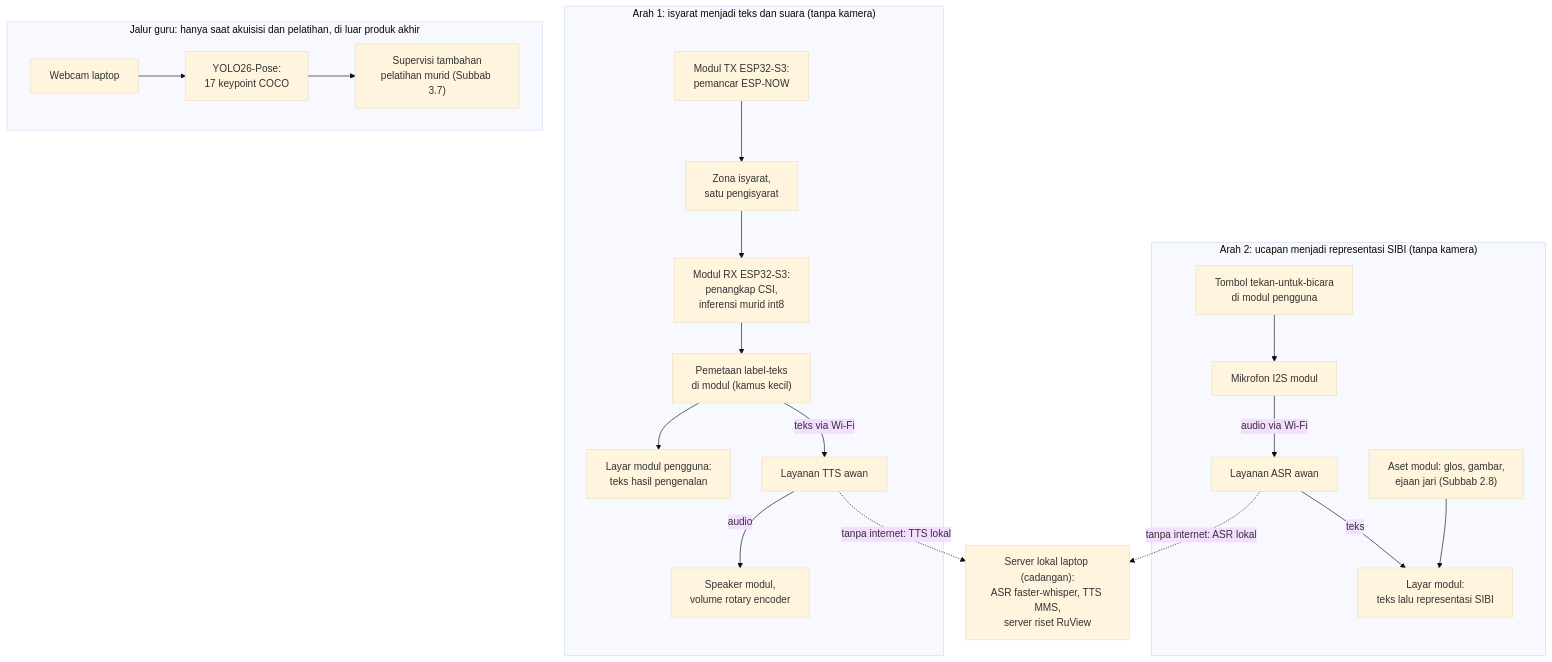
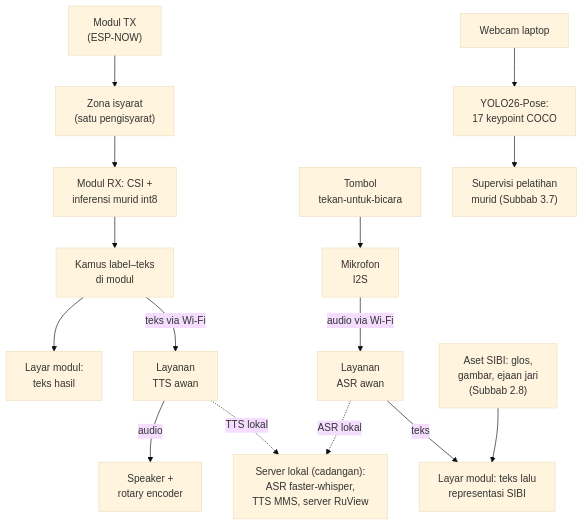
The fifth of 8 diagrams in download/translator-sibi-draft/bab3-metodologi.md (ILoveTahuTek/skripsi), drawn with Mermaid (base theme) before and after one commit. The commit also changed other lines of this file and 50 other files, not shown here.

Commit message:
Redesain seluruh diagram BAB III (Task 24): 6 -> 8 figur, huruf cetak 3,2-6,4pt -> 9,2-11,8pt, integritas sumber terverifikasi; DOCX 68 hlm + laporan audit

````diff
--- a/download/translator-sibi-draft/bab3-metodologi.md
+++ b/download/translator-sibi-draft/bab3-metodologi.md
@@ -169,39 +223,36 @@
 ```mermaid
 flowchart TD
-    subgraph ARAH1["Arah 1: isyarat menjadi teks dan suara (tanpa kamera)"]
-        TX["Modul TX ESP32-S3:<br/>pemancar ESP-NOW"]
-        ZN["Zona isyarat,<br/>satu pengisyarat"]
-        RX["Modul RX ESP32-S3:<br/>penangkap CSI,<br/>inferensi murid int8"]
-        MAPL["Pemetaan label-teks<br/>di modul (kamus kecil)"]
-        DSP1["Layar modul pengguna:<br/>teks hasil pengenalan"]
-        TTS["Layanan TTS awan"]
-        SPK["Speaker modul,<br/>volume rotary encoder"]
-    end
-
-    subgraph ARAH2["Arah 2: ucapan menjadi representasi SIBI (tanpa kamera)"]
-        BTN["Tombol tekan-untuk-bicara<br/>di modul pengguna"]
-        MIC["Mikrofon I2S modul"]
-        STT["Layanan ASR awan"]
-        DSP2["Layar modul:<br/>teks lalu representasi SIBI"]
-        AST["Aset modul: glos, gambar,<br/>ejaan jari (Subbab 2.8)"]
-    end
-
-    subgraph GURU["Jalur guru: hanya saat akuisisi dan pelatihan, di luar produk akhir"]
-        CAM["Webcam laptop"]
-        Y26P["YOLO26-Pose:<br/>17 keypoint COCO"]
-        SUP["Supervisi tambahan<br/>pelatihan murid (Subbab 3.7)"]
-    end
-
-    LOK["Server lokal laptop (cadangan):<br/>ASR faster-whisper, TTS MMS,<br/>server riset RuView"]
-
-    TX --> ZN --> RX --> MAPL --> DSP1
+    TX["Modul TX<br/>(ESP-NOW)"]
+    ZN["Zona isyarat<br/>(satu pengisyarat)"]
+    RX["Modul RX: CSI +<br/>inferensi murid int8"]
+    MAPL["Kamus label–teks<br/>di modul"]
+    DSP1["Layar modul:<br/>teks hasil"]
+    TTS["Layanan<br/>TTS awan"]
+    SPK["Speaker +<br/>rotary encoder"]
+    TX --> ZN
+    ZN --> RX
+    RX --> MAPL
+    MAPL --> DSP1
     MAPL -- "teks via Wi-Fi" --> TTS
     TTS -- "audio" --> SPK
+
+    BTN["Tombol<br/>tekan-untuk-bicara"]
+    MIC["Mikrofon<br/>I2S"]
+    STT["Layanan<br/>ASR awan"]
+    DSP2["Layar modul: teks lalu<br/>representasi SIBI"]
+    AST["Aset SIBI: glos,<br/>gambar, ejaan jari<br/>(Subbab 2.8)"]
     BTN --> MIC
     MIC -- "audio via Wi-Fi" --> STT
     STT -- "teks" --> DSP2
     AST --> DSP2
-    CAM --> Y26P --> SUP
-    TTS -. "tanpa internet: TTS lokal" .-> LOK
-    STT -. "tanpa internet: ASR lokal" .-> LOK
+
+    CAM["Webcam laptop"]
+    Y26P["YOLO26-Pose:<br/>17 keypoint COCO"]
+    SUP["Supervisi pelatihan<br/>murid (Subbab 3.7)"]
+    CAM --> Y26P
+    Y26P --> SUP
+
+    LOK["Server lokal (cadangan):<br/>ASR faster-whisper,<br/>TTS MMS, server RuView"]
+    TTS -. "TTS lokal" .-> LOK
+    STT -. "ASR lokal" .-> LOK
 ```
````
